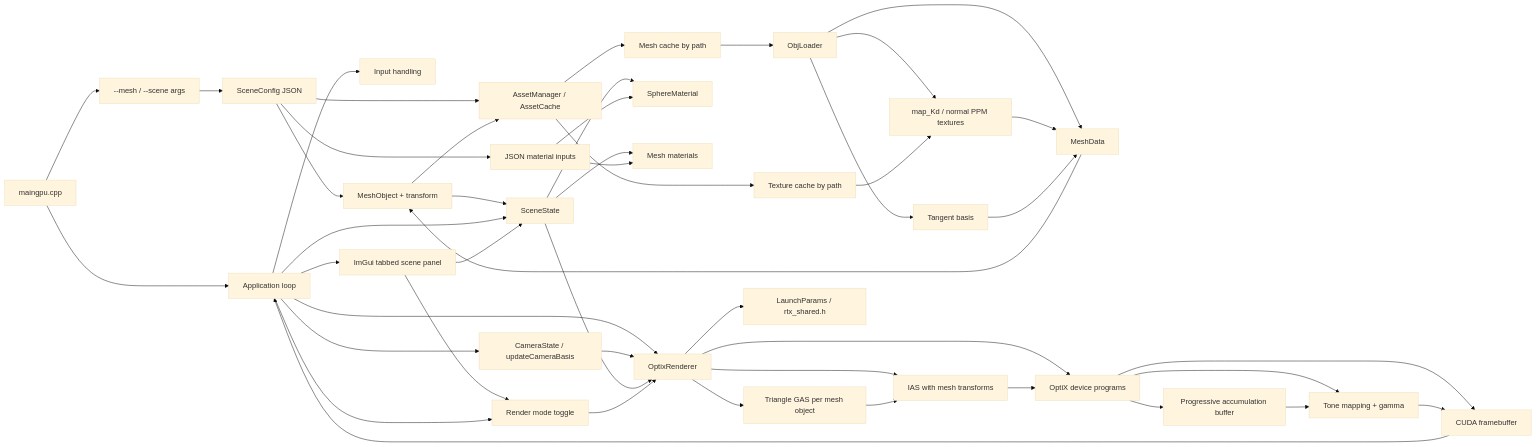
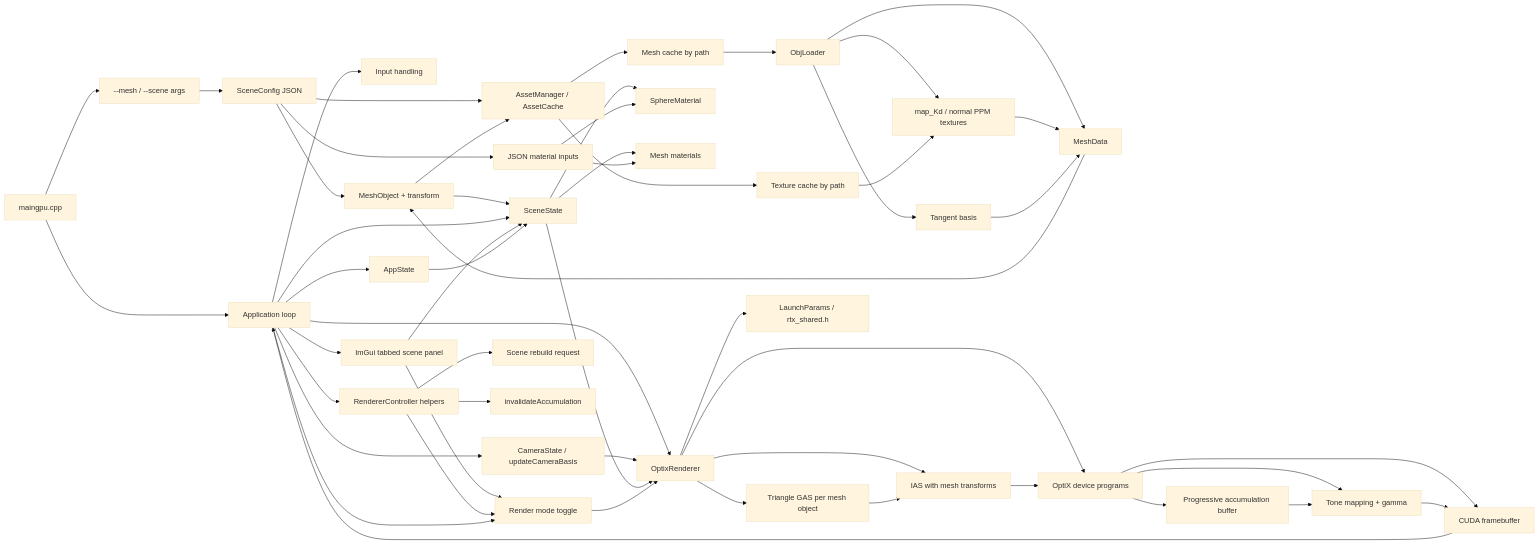
The first of 4 diagrams in RayTracerRTX/docs/architecture.md (Tundraws/RayTracer), drawn with Mermaid (base theme) before and after one commit. The commit also changed other lines of this file and 6 other files, not shown here.

````diff
--- a/RayTracerRTX/docs/architecture.md
+++ b/RayTracerRTX/docs/architecture.md
@@ -9,48 +9,54 @@
 ```mermaid
 flowchart LR
     Main["maingpu.cpp"] --> App["Application loop"]
     Main --> Args["--mesh / --scene args"]
     Args --> SceneConfig["SceneConfig JSON"]
     App --> Input["Input handling"]
     App --> UI["ImGui tabbed scene panel"]
+    App --> AppState["AppState"]
+    App --> Controller["RendererController helpers"]
     App --> Camera["CameraState / updateCameraBasis"]
     SceneConfig --> JsonMaterials["JSON material inputs"]
     SceneConfig --> MeshObject["MeshObject + transform"]
     SceneConfig --> AssetCache["AssetManager / AssetCache"]
     AssetCache --> MeshCache["Mesh cache by path"]
     AssetCache --> TextureCache["Texture cache by path"]
     MeshObject --> AssetCache
     MeshCache --> ObjLoader
     ObjLoader["ObjLoader"] --> MeshData["MeshData"]
     ObjLoader --> Textures["map_Kd / normal PPM textures"]
     ObjLoader --> Tangents["Tangent basis"]
     Textures --> MeshData
     TextureCache --> Textures
     Tangents --> MeshData
     MeshData --> MeshObject
     MeshObject --> Scene
     App --> Scene["SceneState"]
     UI --> Scene
     UI --> Mode
     Scene --> Materials["SphereMaterial"]
     Scene --> MeshMaterials["Mesh materials"]
     JsonMaterials --> Materials
     JsonMaterials --> MeshMaterials
+    Controller --> Mode["Render mode toggle"]
+    Controller --> Rebuild["Scene rebuild request"]
+    Controller --> AccumReset["invalidateAccumulation"]
+    AppState --> Scene
     App --> Renderer["OptixRenderer"]
     App --> Mode["Render mode toggle"]
     Camera --> Renderer
     Scene --> Renderer
     Mode --> Renderer
     Renderer --> TriangleGAS["Triangle GAS per mesh object"]
     Renderer --> IAS["IAS with mesh transforms"]
     Renderer --> Shared["LaunchParams / rtx_shared.h"]
     Renderer --> Device["OptiX device programs"]
     TriangleGAS --> IAS
     IAS --> Device
     Device --> Accum["Progressive accumulation buffer"]
     Device --> Framebuffer["CUDA framebuffer"]
     Device --> Post["Tone mapping + gamma"]
     Accum --> Post
     Post --> Framebuffer
     Framebuffer --> App
 ```
````
